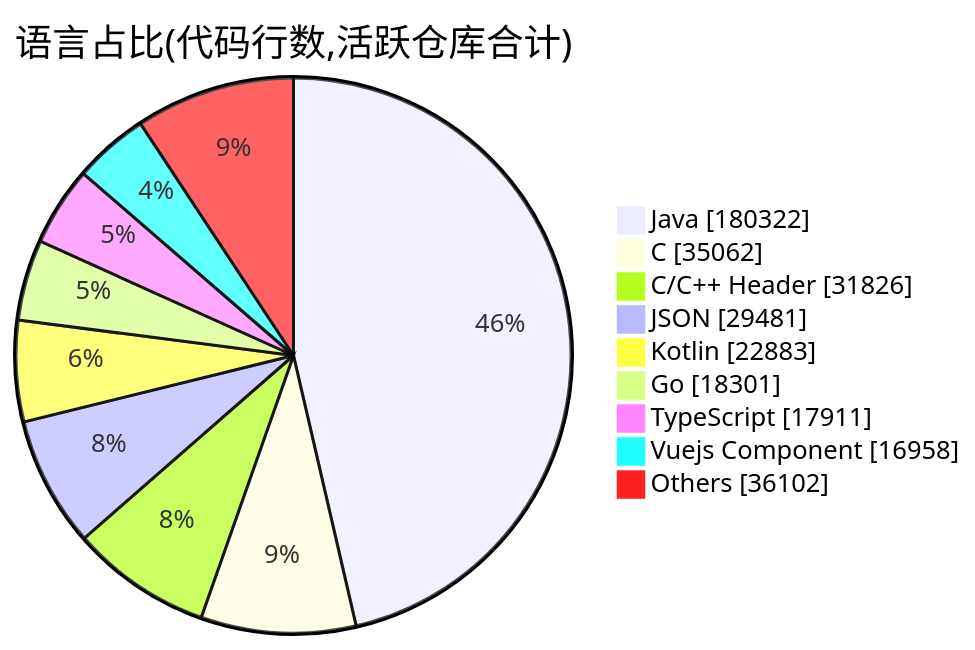
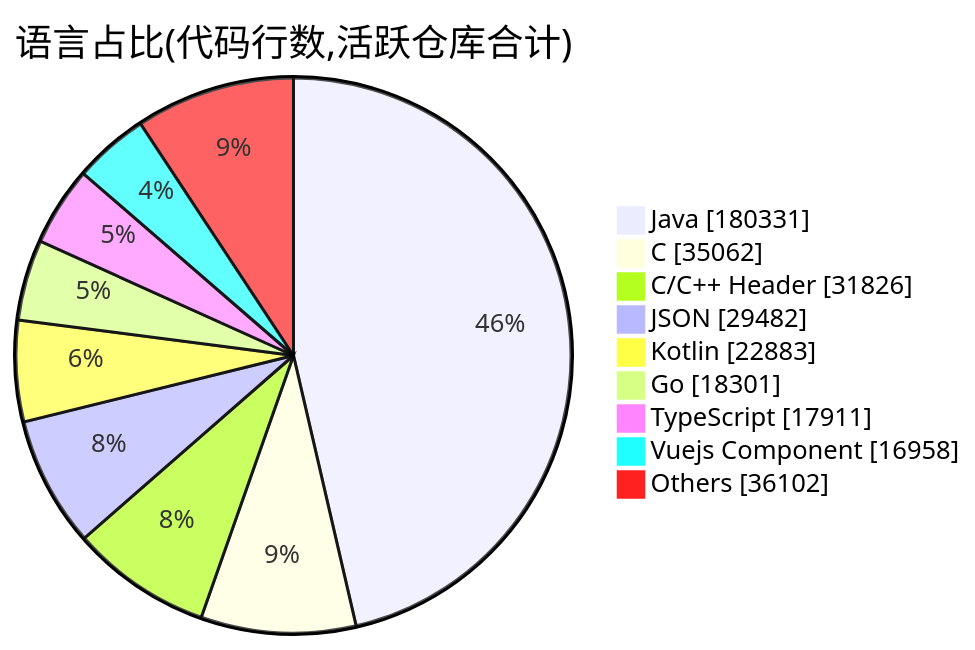
One commit to Conflux-Union/.github changed the second of 2 diagrams in profile/README.md. Above: the diagram before and after it, drawn with Mermaid. The commit also changed other lines of this file and 1 other file, not shown here.

````diff
--- a/profile/README.md
+++ b/profile/README.md
@@ -80,13 +80,13 @@
 ```mermaid
 pie showData
     title 语言占比(代码行数,活跃仓库合计)
-    "Java" : 180322
+    "Java" : 180331
     "C" : 35062
     "C/C++ Header" : 31826
-    "JSON" : 29481
+    "JSON" : 29482
     "Kotlin" : 22883
     "Go" : 18301
     "TypeScript" : 17911
     "Vuejs Component" : 16958
     "Others" : 36102
 ```
````
